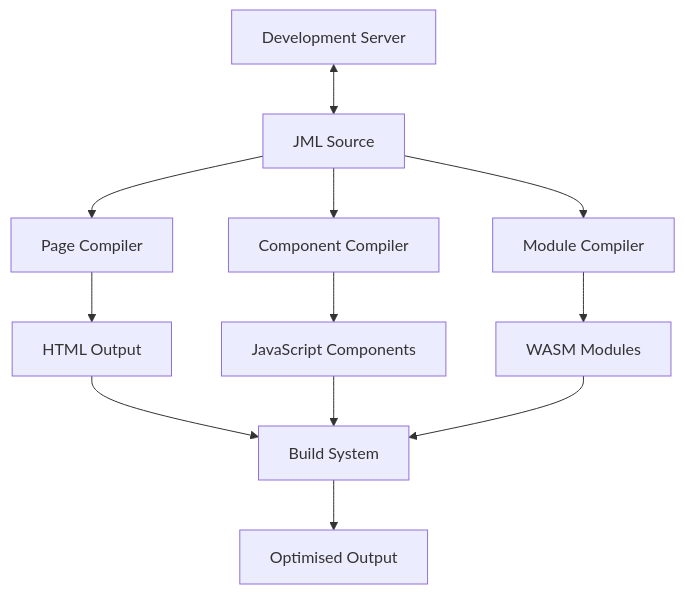
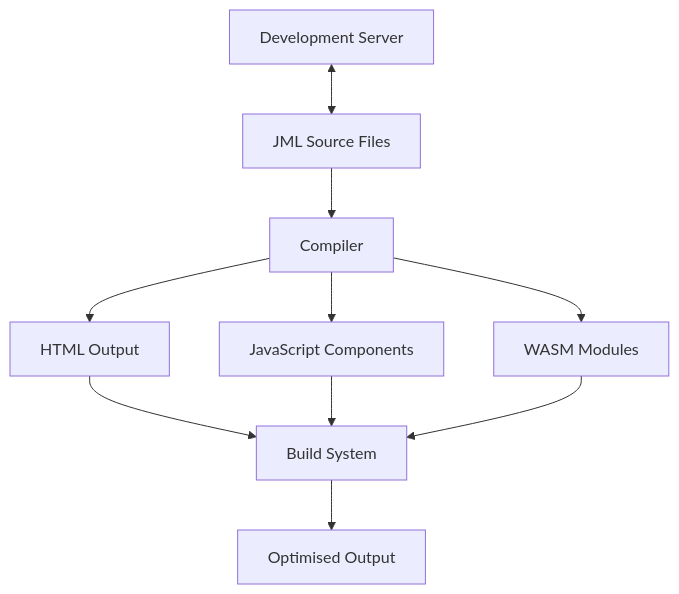
One commit to yasufadhili/jawt changed the diagram in docs/architecture/overview.md. Above: the diagram before and after it, drawn with Mermaid. The commit also changed other lines of this file, not shown here.

Commit message:
refactor: architecture overview (#50)

````diff
--- a/docs/architecture/overview.md
+++ b/docs/architecture/overview.md
@@ -14,14 +15,12 @@
 ```mermaid
 graph TD
-    A[JML Source] --> B[Page Compiler]
-    A --> C[Component Compiler]
-    A --> D[Module Compiler]
-    B --> E[HTML Output]
-    C --> F[JavaScript Components]
-    D --> G[WASM Modules]
-    E --> H[Build System]
-    F --> H
-    G --> H
-    H --> I[Optimised Output]
-    J[Development Server] <--> A
+    A[JML Source Files] --> B[Compiler]
+    B --> C[HTML Output]
+    B --> D[JavaScript Components]  
+    B --> E[WASM Modules]
+    C --> F[Build System]
+    D --> F
+    E --> F
+    F --> G[Optimised Output]
+    H[Development Server] <--> A
 ```
````
